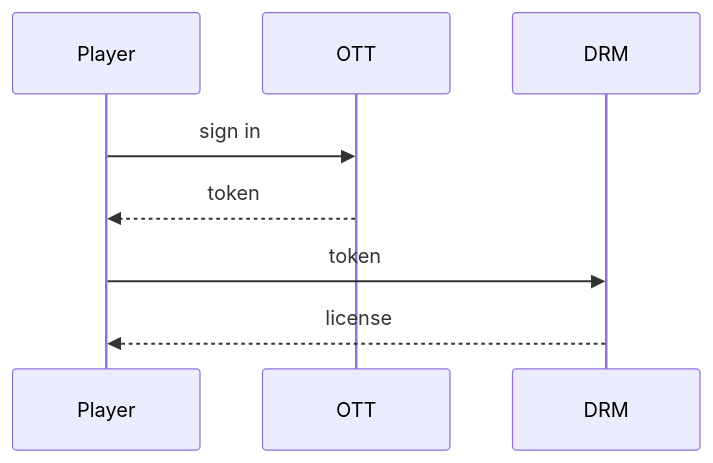
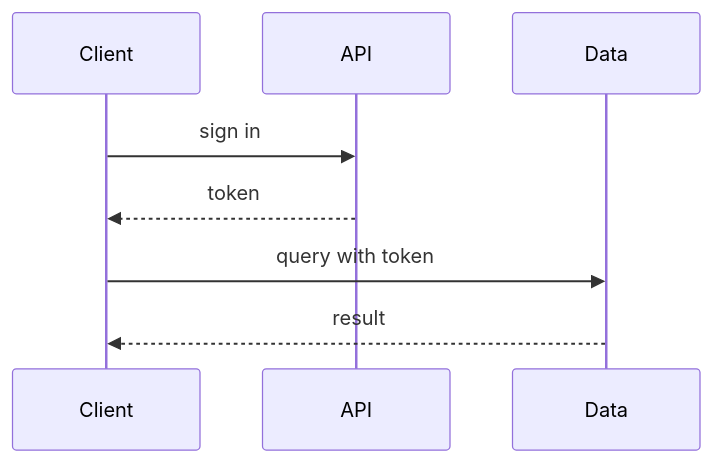
One commit to dkdev24/pele-animate changed the second of 2 diagrams in README.md. Above: the diagram before and after it, drawn with Mermaid. The commit also changed other lines of this file and 15 other files, not shown here.

First line of the commit message:
docs: README for GitHub (badges, links, hero, generic examples); mermaid-icons fence convention

````diff
--- a/README.md
+++ b/README.md
@@ -33,7 +90,7 @@
 ```mermaid
 sequenceDiagram
-  Player->>OTT: sign in
-  OTT-->>Player: token
-  Player->>DRM: token
-  DRM-->>Player: license
+  Client->>API: sign in
+  API-->>Client: token
+  Client->>Data: query with token
+  Data-->>Client: result
 ```
````
